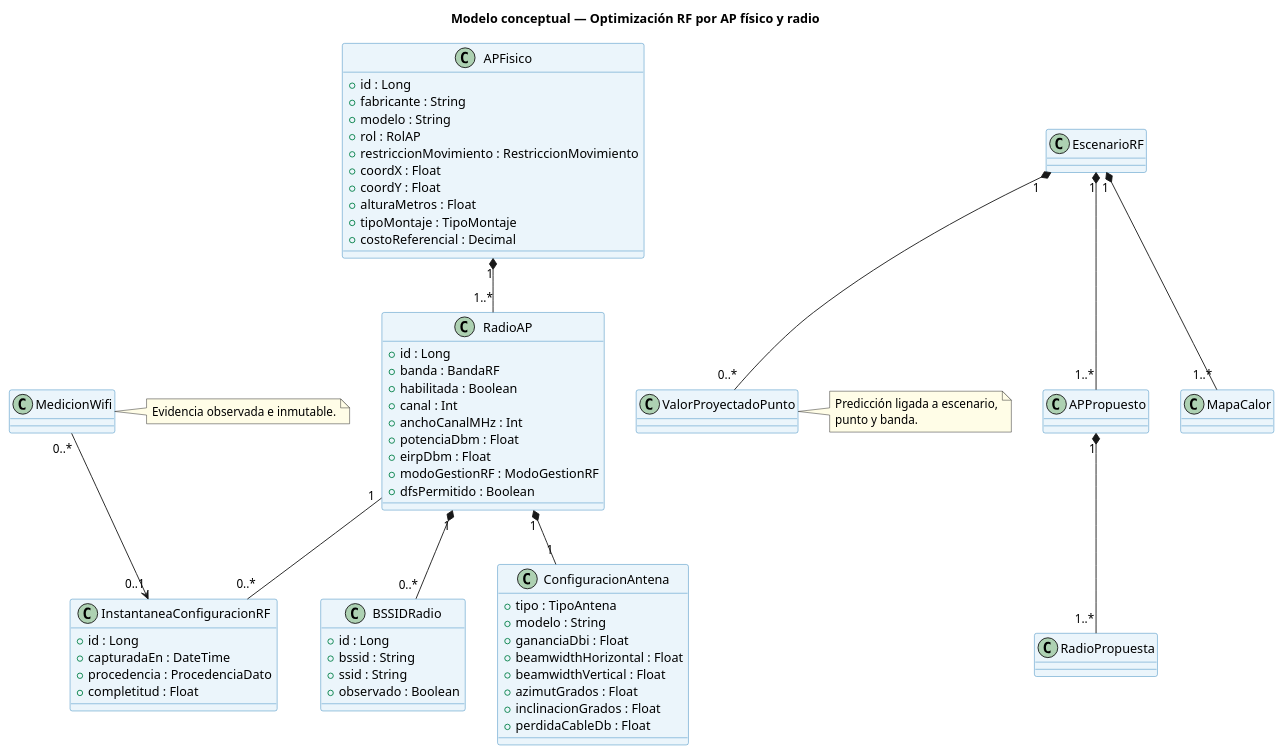
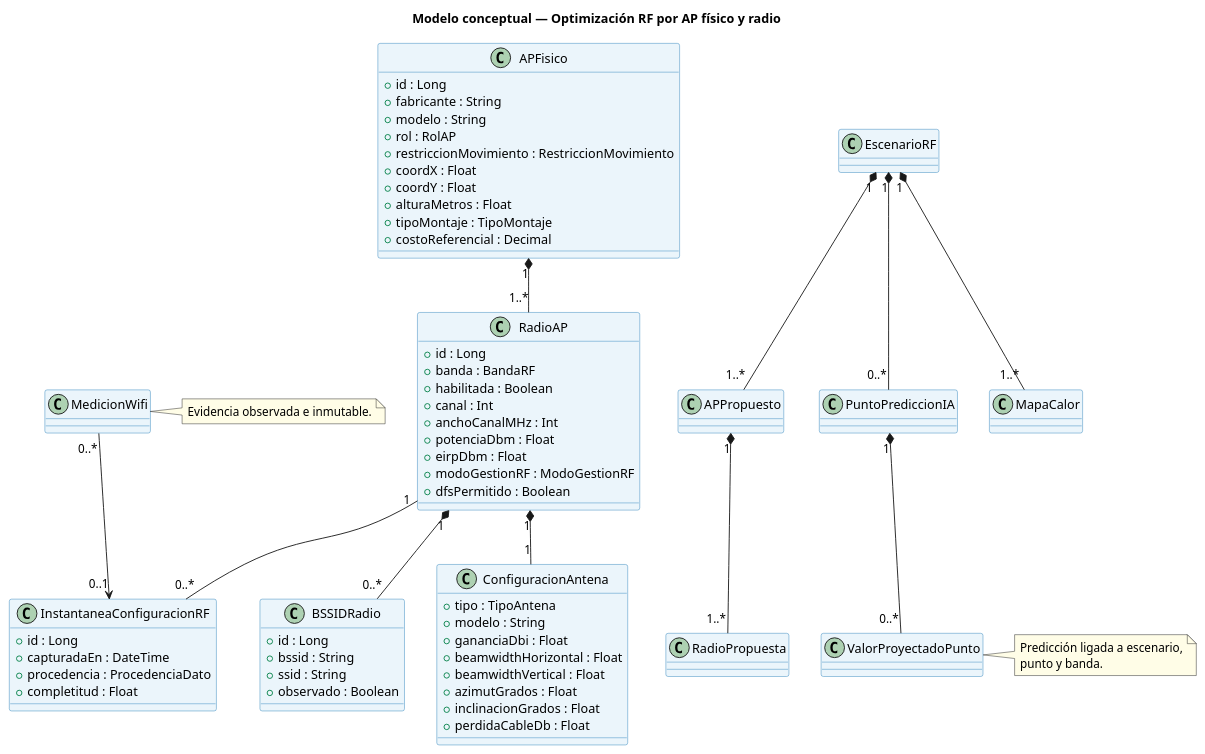
The diagram in docs/ONLINE/PLAN-IMPLEMENTACION/17-especificacion-optimizacion-rf/02-modelo-de-dominio-y-datos.md (borysinho/wireless-heatmapper), drawn with PlantUML before and after one commit. The commit also changed other lines of this file and 509 other files, not shown here.

```diff
--- a/docs/ONLINE/PLAN-IMPLEMENTACION/17-especificacion-optimizacion-rf/02-modelo-de-dominio-y-datos.md
+++ b/docs/ONLINE/PLAN-IMPLEMENTACION/17-especificacion-optimizacion-rf/02-modelo-de-dominio-y-datos.md
@@ -74,6 +74,7 @@
 class APPropuesto
 class RadioPropuesta
 class ValorProyectadoPunto
+class PuntoPrediccionIA
 class MapaCalor
 
 APFisico "1" *-- "1..*" RadioAP
@@ -83,7 +84,8 @@
 MedicionWifi "0..*" --> "0..1" InstantaneaConfiguracionRF
 EscenarioRF "1" *-- "1..*" APPropuesto
 APPropuesto "1" *-- "1..*" RadioPropuesta
-EscenarioRF "1" *-- "0..*" ValorProyectadoPunto
+EscenarioRF "1" *-- "0..*" PuntoPrediccionIA
+PuntoPrediccionIA "1" *-- "0..*" ValorProyectadoPunto
 EscenarioRF "1" *-- "1..*" MapaCalor
 
 note right of MedicionWifi
```
